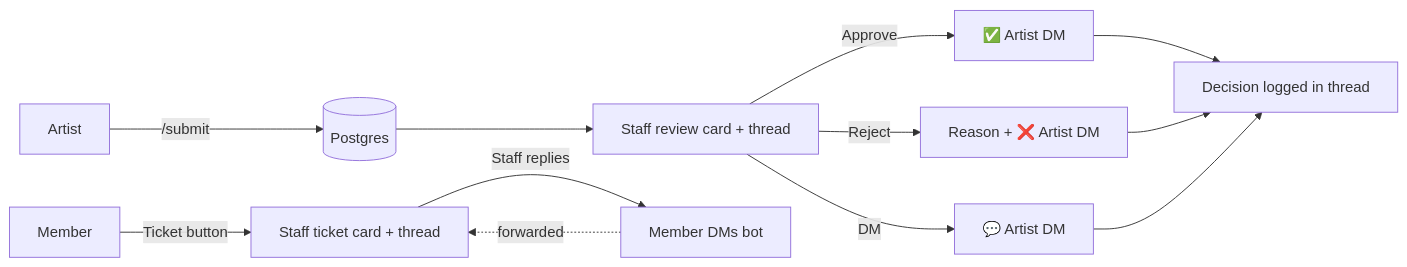
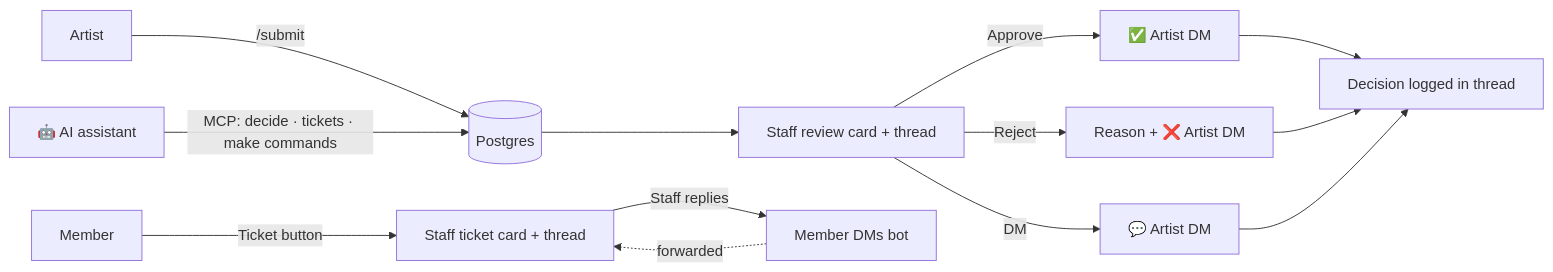
The diagram in README.md (stach3label-ux/stach3), drawn with Mermaid before and after one commit. The commit also changed other lines of this file and 13 other files, not shown here.

````diff
--- a/README.md
+++ b/README.md
@@ -33,12 +55,13 @@
 ```mermaid
 flowchart LR
     A[Artist] -->|/submit| B[(Postgres)]
     B --> C[Staff review card + thread]
     C -->|Approve| D[✅ Artist DM]
     C -->|Reject| E[Reason + ❌ Artist DM]
     C -->|DM| F[💬 Artist DM]
     D & E & F --> G[Decision logged in thread]
     M[Member] -->|Ticket button| H[Staff ticket card + thread]
     H -->|Staff replies| I[Member DMs bot]
     I -.->|forwarded| H
+    AI[🤖 AI assistant] -->|MCP: decide · tickets · make commands| B
 ```
````
